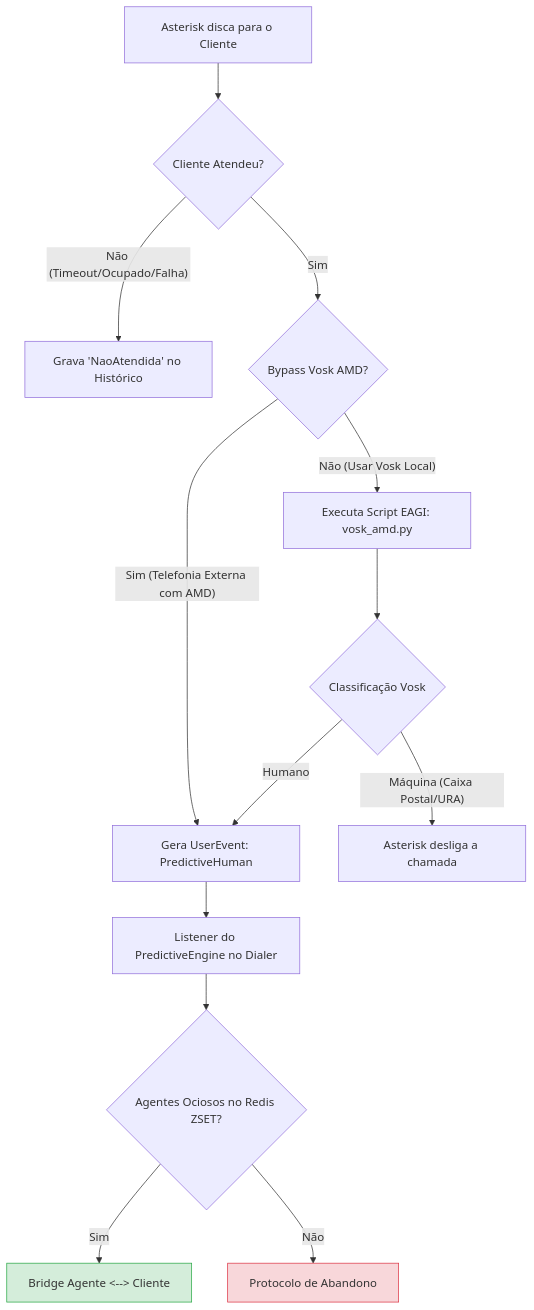
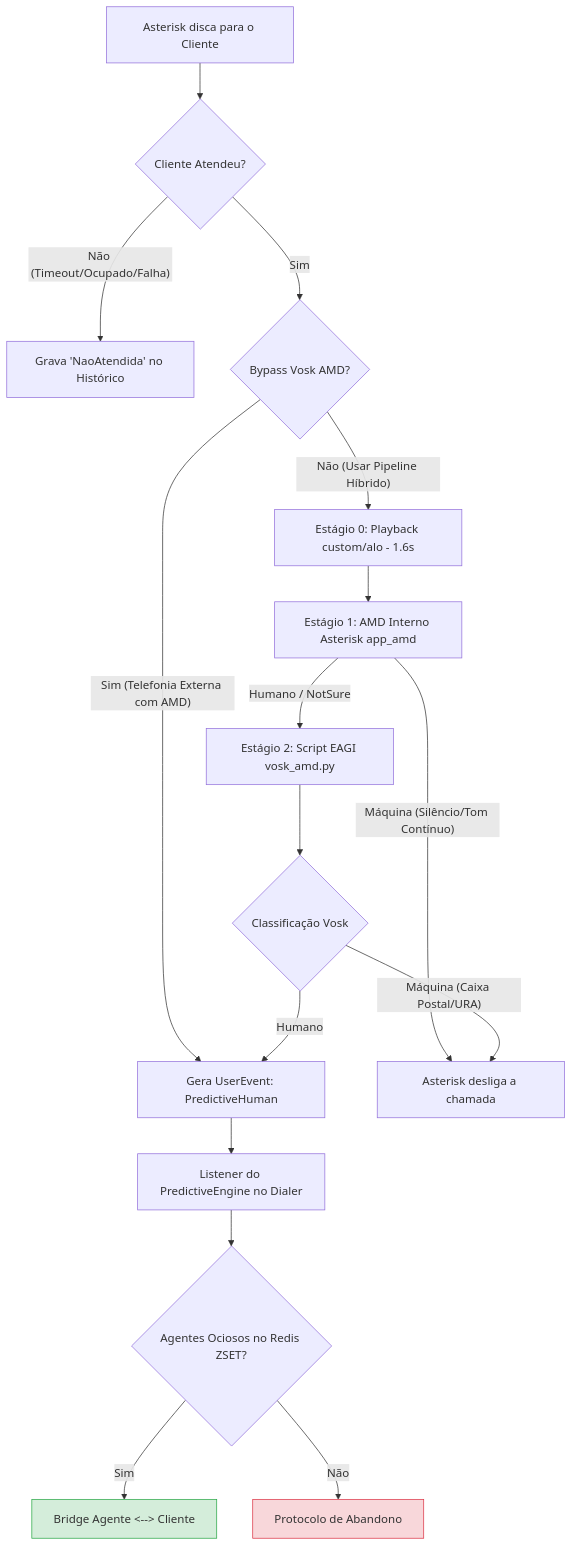
The third of 4 diagrams in .agent/rotinas_discagem.md (marcio-rgb/omni-dialer), drawn with Mermaid before and after one commit. The commit also changed other lines of this file and 30 other files, not shown here.

Commit message:
feat: add pbx edge api and vosk amd integration

````diff
--- a/.agent/rotinas_discagem.md
+++ b/.agent/rotinas_discagem.md
@@ -144,19 +144,22 @@
 ```mermaid
 graph TD
     A[Asterisk disca para o Cliente] --> B{Cliente Atendeu?}
     B -- Não (Timeout/Ocupado/Falha) --> C[Grava 'NaoAtendida' no Histórico]
     B -- Sim --> Z{Bypass Vosk AMD?}
     Z -- Sim (Telefonia Externa com AMD) --> G[Gera UserEvent: PredictiveHuman]
-    Z -- Não (Usar Vosk Local) --> D[Executa Script EAGI: vosk_amd.py]
+    Z -- Não (Usar Pipeline Híbrido) --> S0[Estágio 0: Playback custom/alo - 1.6s]
+    S0 --> S1[Estágio 1: AMD Interno Asterisk app_amd]
+    S1 -- Máquina (Silêncio/Tom Contínuo) --> F[Asterisk desliga a chamada]
+    S1 -- Humano / NotSure --> D[Estágio 2: Script EAGI vosk_amd.py]
     D --> E{Classificação Vosk}
-    E -- Máquina (Caixa Postal/URA) --> F[Asterisk desliga a chamada]
+    E -- Máquina (Caixa Postal/URA) --> F
     E -- Humano --> G
     G --> H[Listener do PredictiveEngine no Dialer]
     H --> I{Agentes Ociosos no Redis ZSET?}
     
     I -- Sim --> J[Bridge Agente <--> Cliente]
     I -- Não --> K[Protocolo de Abandono]
 
     style J fill:#d4edda,stroke:#28a745
     style K fill:#f8d7da,stroke:#dc3545
 ```
````
